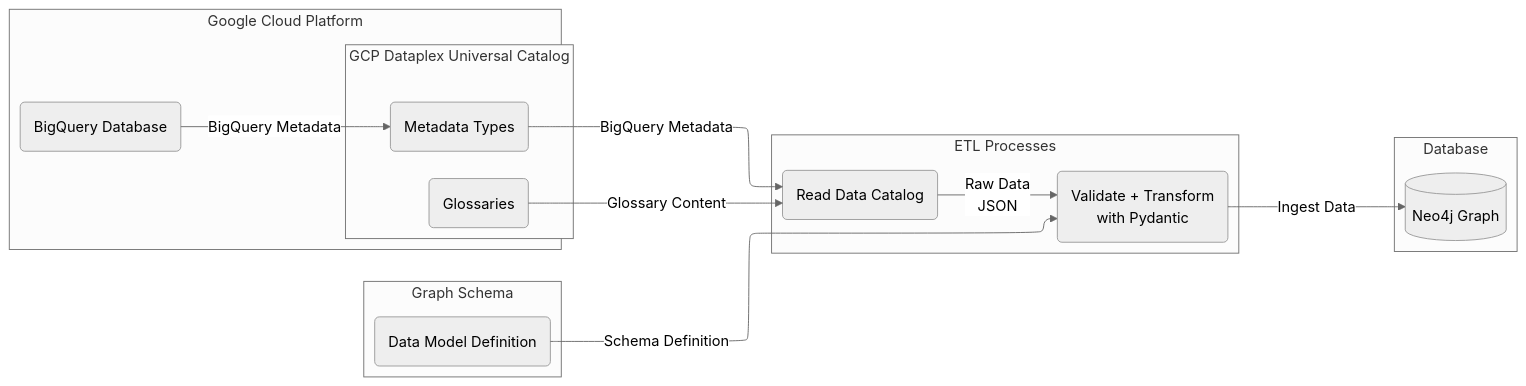
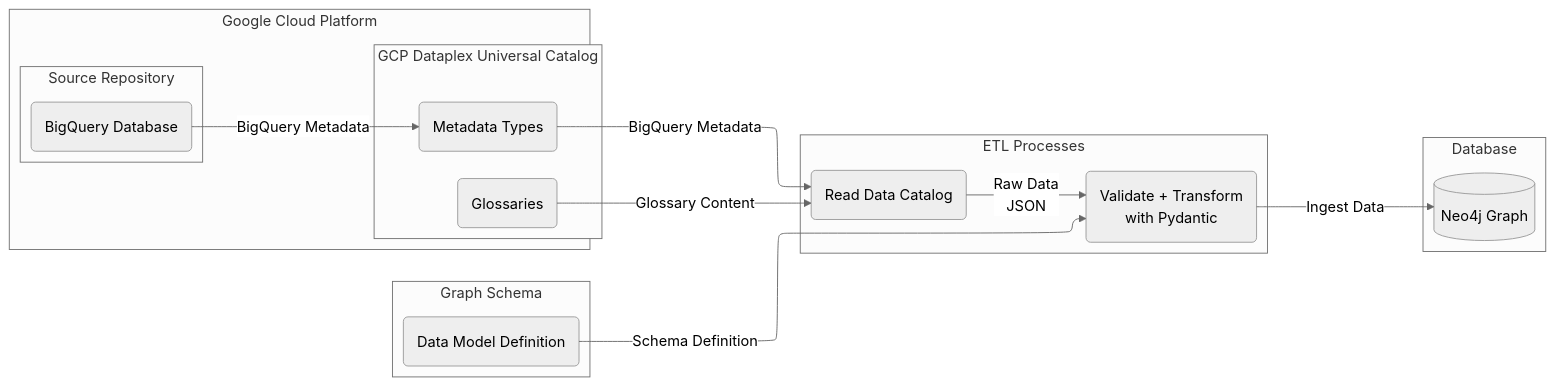
The third of 7 diagrams in README.md (neo4j-field/neocarta), drawn with Mermaid (neutral theme) before and after one commit. The commit also changed other lines of this file, not shown here.

````diff
--- a/README.md
+++ b/README.md
@@ -243,36 +243,38 @@
 ```mermaid
 ---
 config:
     layout: elk
 ---
 graph LR
     subgraph Schema["Graph Schema"]
         GS(Data Model Definition)
     end
     subgraph Big["Google Cloud Platform"]
-        BQ(BigQuery Database)        
+        subgraph SR["Source Repository"]
+            BQ(BigQuery Database)  
+        end      
     
 
         subgraph Source["GCP Dataplex Universal Catalog"]
             G(Glossaries)
             MT(Metadata Types)        
         end
     end
 
     subgraph ETL["ETL Processes"]
         QE(Read Data Catalog)   
         PM(Validate + Transform<br>with Pydantic) 
     
         QE -->|Raw Data<br/>JSON| PM
     end
     
     subgraph Graph["Database"]
         NEO[(Neo4j Graph)]
     end
 
     BQ -->|BigQuery Metadata|MT
     G -->| Glossary Content| QE
     MT -->|BigQuery Metadata| QE
     GS -->|Schema Definition| PM
     PM -->|Ingest Data| NEO
 ```
````
